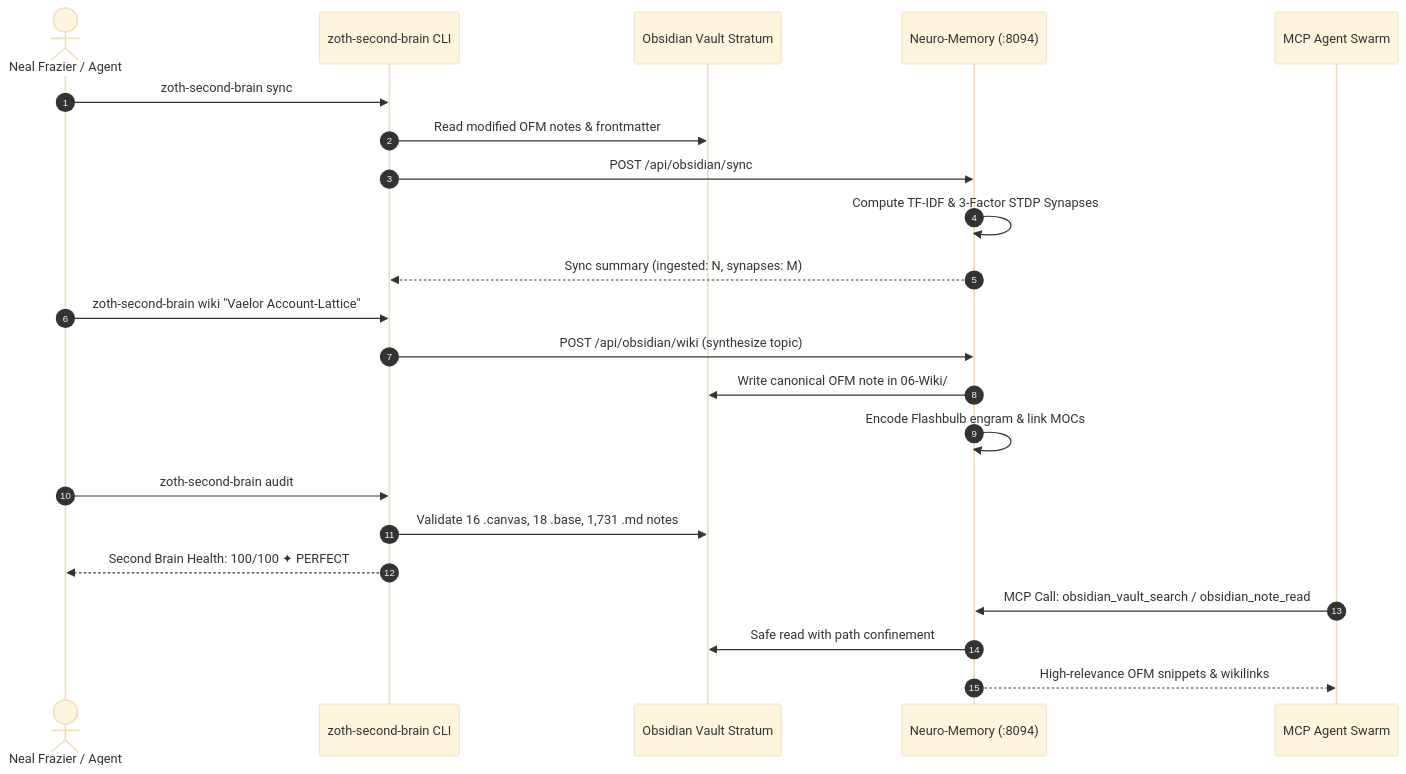
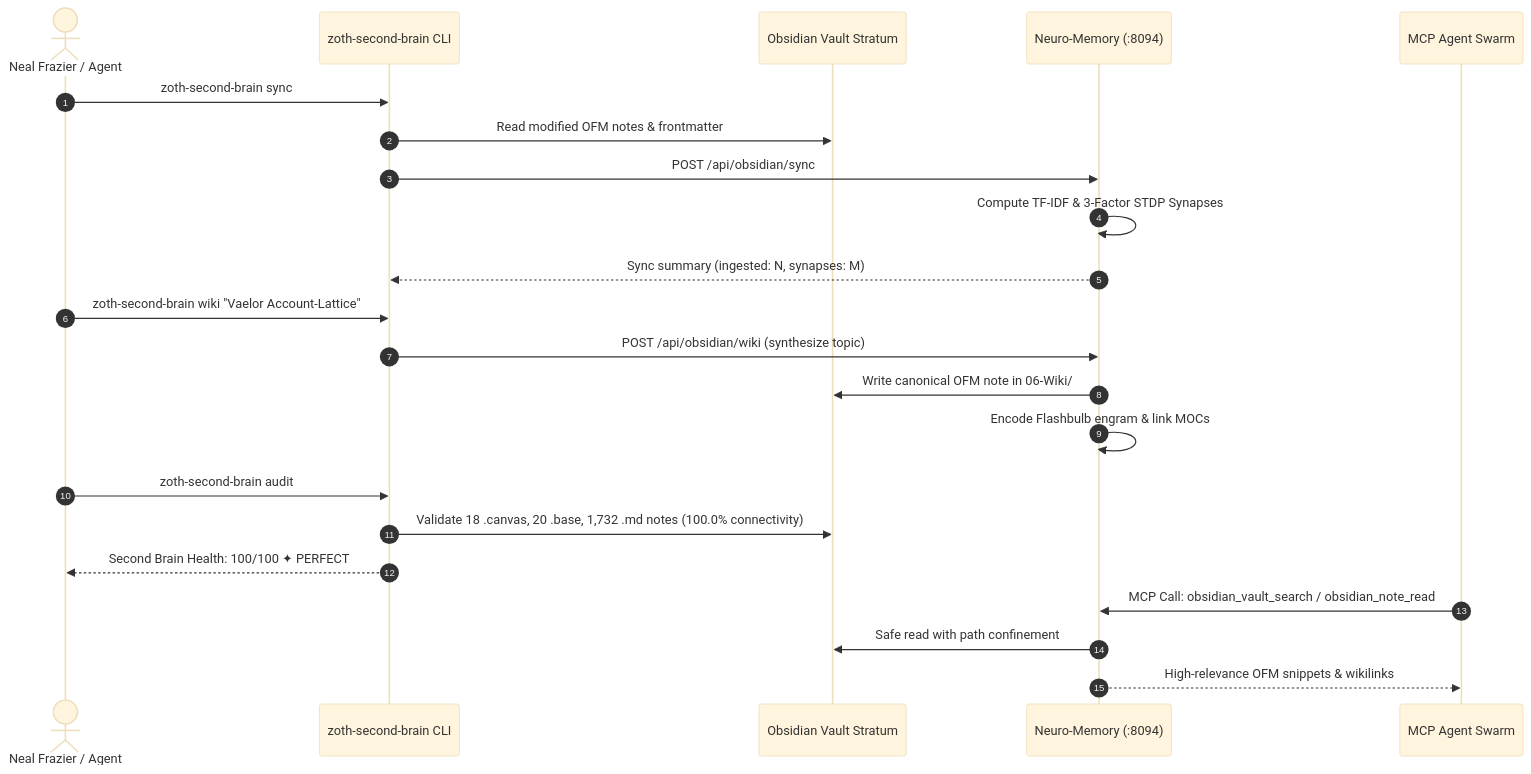
Before and after one commit to 1nc0gn30/zoth-os: the diagram in docs/SECOND-BRAIN.md, drawn with Mermaid (base theme). The commit also changed other lines of this file, not shown here.

First line of the commit message:
docs(second-brain): document 18 JSON canvases, 20 Obsidian bases, and 100.0% graph connectivity

````diff
--- a/docs/SECOND-BRAIN.md
+++ b/docs/SECOND-BRAIN.md
@@ -102,28 +103,28 @@
 ```mermaid
 sequenceDiagram
     autonumber
     actor Dev as Neal Frazier / Agent
     participant CLI as zoth-second-brain CLI
     participant Vault as Obsidian Vault Stratum
     participant Daemon as Neuro-Memory (:8094)
     participant MCP as MCP Agent Swarm
 
     Dev->>CLI: zoth-second-brain sync
     CLI->>Vault: Read modified OFM notes & frontmatter
     CLI->>Daemon: POST /api/obsidian/sync
     Daemon->>Daemon: Compute TF-IDF & 3-Factor STDP Synapses
     Daemon-->>CLI: Sync summary (ingested: N, synapses: M)
 
     Dev->>CLI: zoth-second-brain wiki "Vaelor Account-Lattice"
     CLI->>Daemon: POST /api/obsidian/wiki (synthesize topic)
     Daemon->>Vault: Write canonical OFM note in 06-Wiki/
     Daemon->>Daemon: Encode Flashbulb engram & link MOCs
 
     Dev->>CLI: zoth-second-brain audit
-    CLI->>Vault: Validate 16 .canvas, 18 .base, 1,731 .md notes
+    CLI->>Vault: Validate 18 .canvas, 20 .base, 1,732 .md notes (100.0% connectivity)
     CLI-->>Dev: Second Brain Health: 100/100 ✦ PERFECT
 
     MCP->>Daemon: MCP Call: obsidian_vault_search / obsidian_note_read
     Daemon->>Vault: Safe read with path confinement
     Daemon-->>MCP: High-relevance OFM snippets & wikilinks
 ```
````
